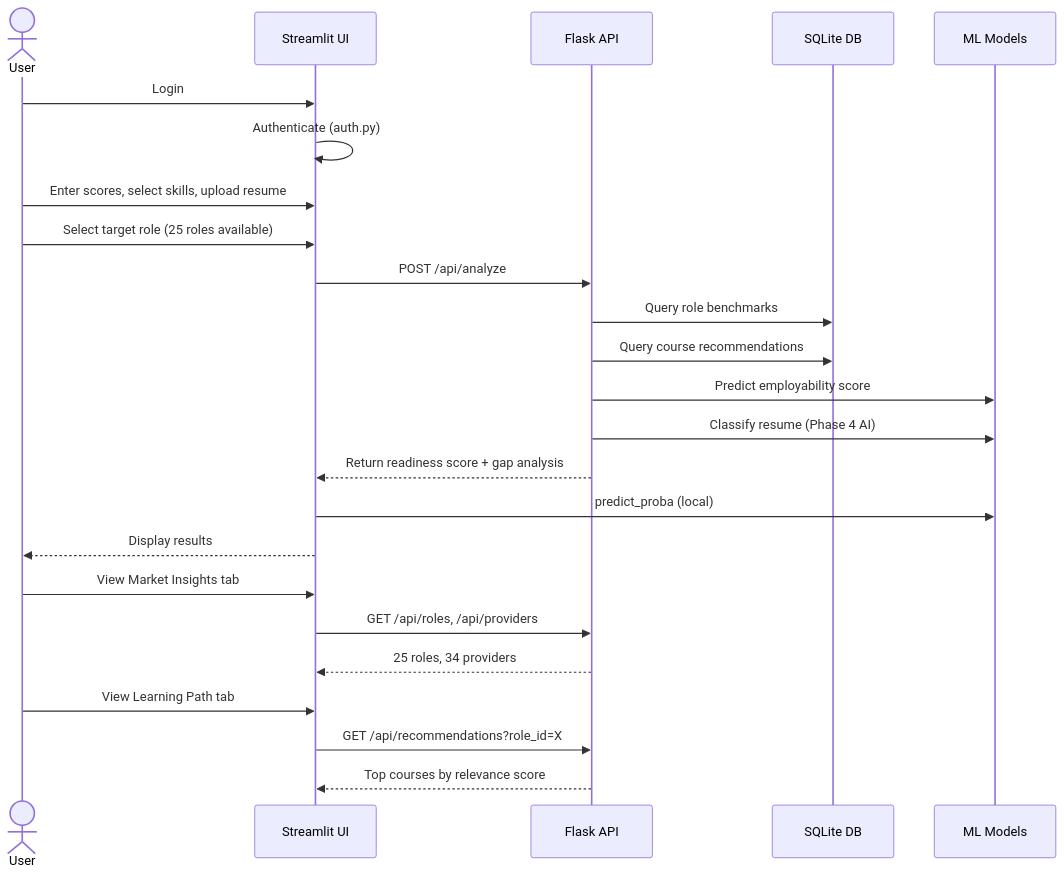
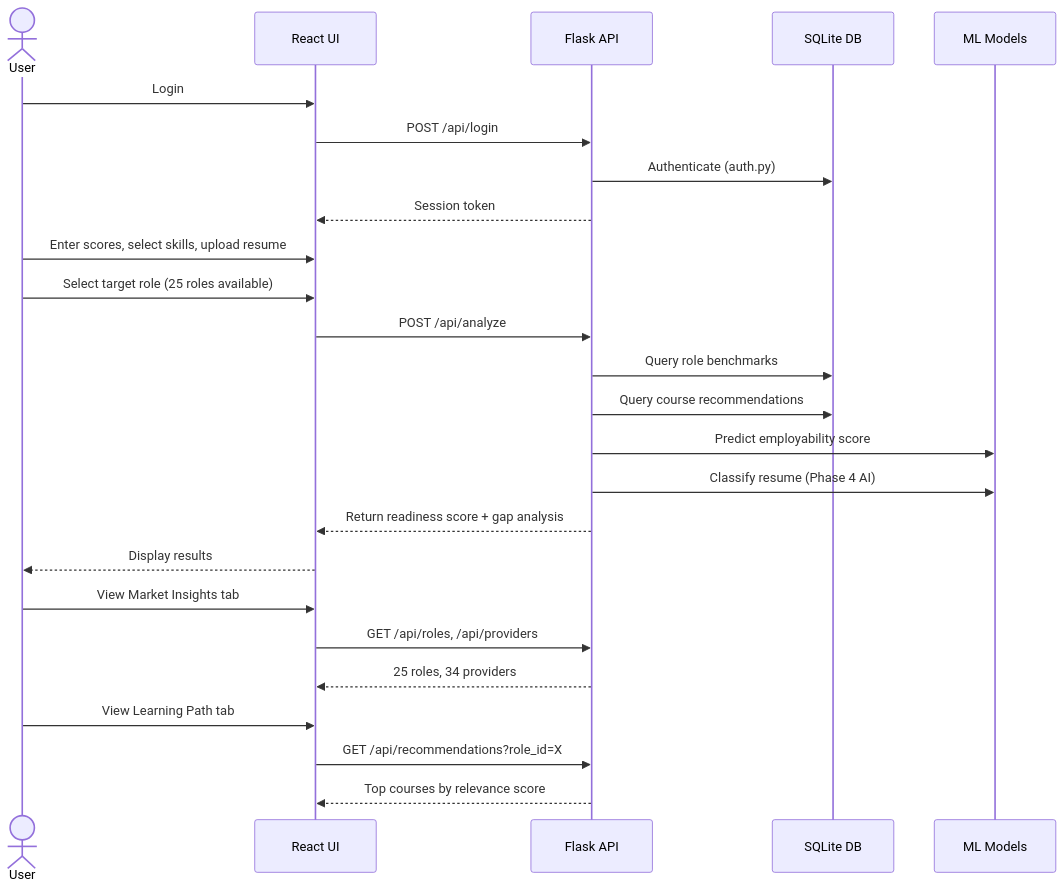
Before and after one commit to learnerforge/SkillGapAI_Project: the second of 3 diagrams in README.md, drawn with Mermaid. The commit also changed other lines of this file and 2 other files, not shown here.

````diff
--- a/README.md
+++ b/README.md
@@ -57,32 +56,33 @@
 ```mermaid
 sequenceDiagram
     actor User
-    participant UI as Streamlit UI
+    participant UI as React UI
     participant API as Flask API
     participant DB as SQLite DB
     participant ML as ML Models
 
     User->>UI: Login
-    UI->>UI: Authenticate (auth.py)
+    UI->>API: POST /api/login
+    API->>DB: Authenticate (auth.py)
+    API-->>UI: Session token
 
     User->>UI: Enter scores, select skills, upload resume
     User->>UI: Select target role (25 roles available)
 
     UI->>API: POST /api/analyze
     API->>DB: Query role benchmarks
     API->>DB: Query course recommendations
     API->>ML: Predict employability score
     API->>ML: Classify resume (Phase 4 AI)
     API-->>UI: Return readiness score + gap analysis
 
-    UI->>ML: predict_proba (local)
     UI-->>User: Display results
 
     User->>UI: View Market Insights tab
     UI->>API: GET /api/roles, /api/providers
     API-->>UI: 25 roles, 34 providers
 
     User->>UI: View Learning Path tab
     UI->>API: GET /api/recommendations?role_id=X
     API-->>UI: Top courses by relevance score
 ```
````
